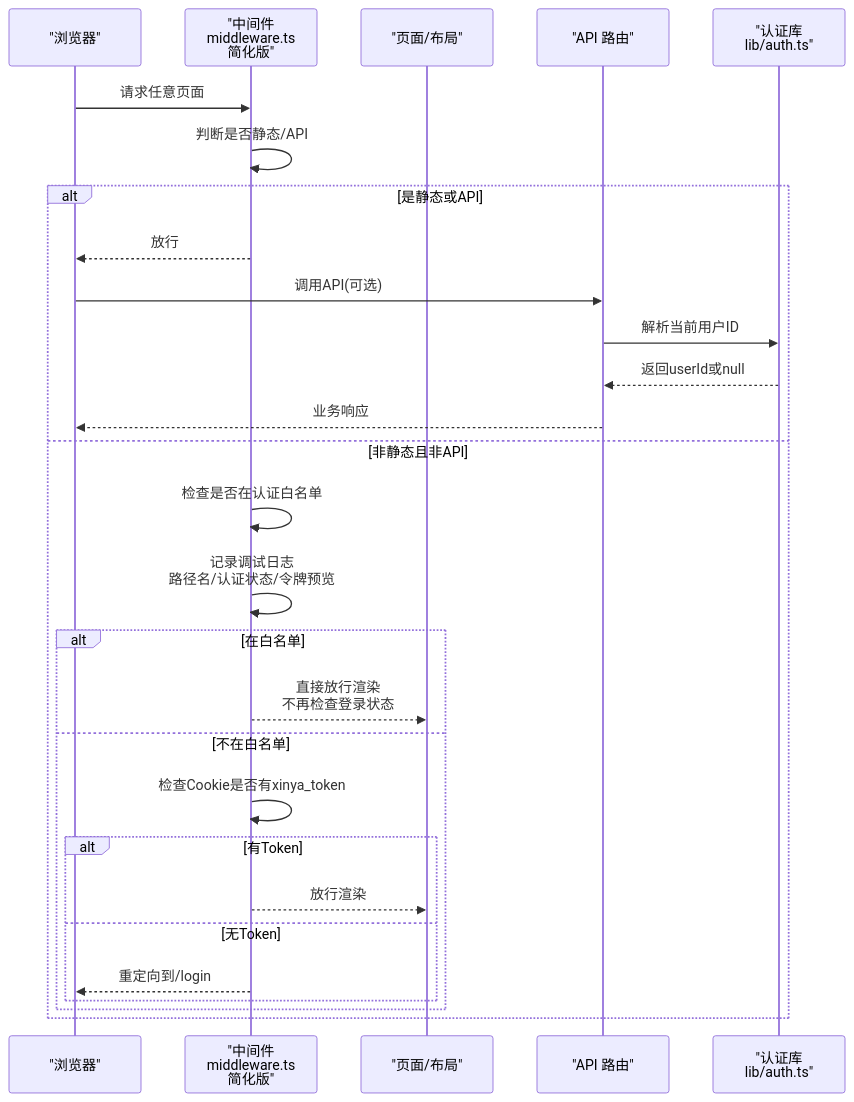
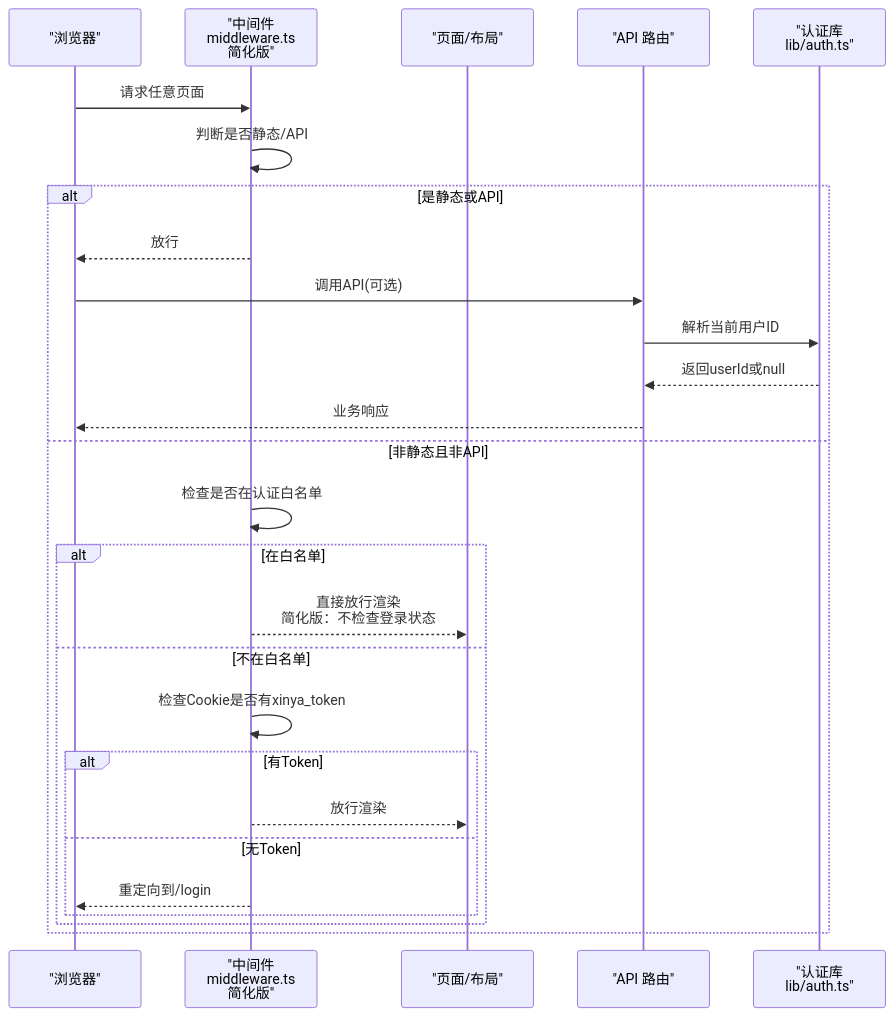
The second of 7 diagrams in .qoder/repowiki/zh/content/用户认证系统/认证中间件.md (kangkang919/xinya), drawn with Mermaid before and after one commit. The commit also changed other lines of this file and 35 other files, not shown here.

````diff
--- a/.qoder/repowiki/zh/content/用户认证系统/认证中间件.md
+++ b/.qoder/repowiki/zh/content/用户认证系统/认证中间件.md
@@ -104,30 +102,29 @@
 ```mermaid
 sequenceDiagram
 participant B as "浏览器"
 participant M as "中间件<br/>middleware.ts<br/>简化版"
 participant P as "页面/布局"
 participant A as "API 路由"
 participant L as "认证库<br/>lib/auth.ts"
 B->>M : 请求任意页面
 M->>M : 判断是否静态/API
 alt 是静态或API
 M-->>B : 放行
 B->>A : 调用API(可选)
 A->>L : 解析当前用户ID
 L-->>A : 返回userId或null
 A-->>B : 业务响应
 else 非静态且非API
 M->>M : 检查是否在认证白名单
-M->>M : 记录调试日志<br/>路径名/认证状态/令牌预览
 alt 在白名单
-M-->>P : 直接放行渲染<br/>不再检查登录状态
+M-->>P : 直接放行渲染<br/>简化版：不检查登录状态
 else 不在白名单
 M->>M : 检查Cookie是否有xinya_token
 alt 有Token
 M-->>P : 放行渲染
 else 无Token
 M-->>B : 重定向到/login
 end
 end
 end
 ```
````
